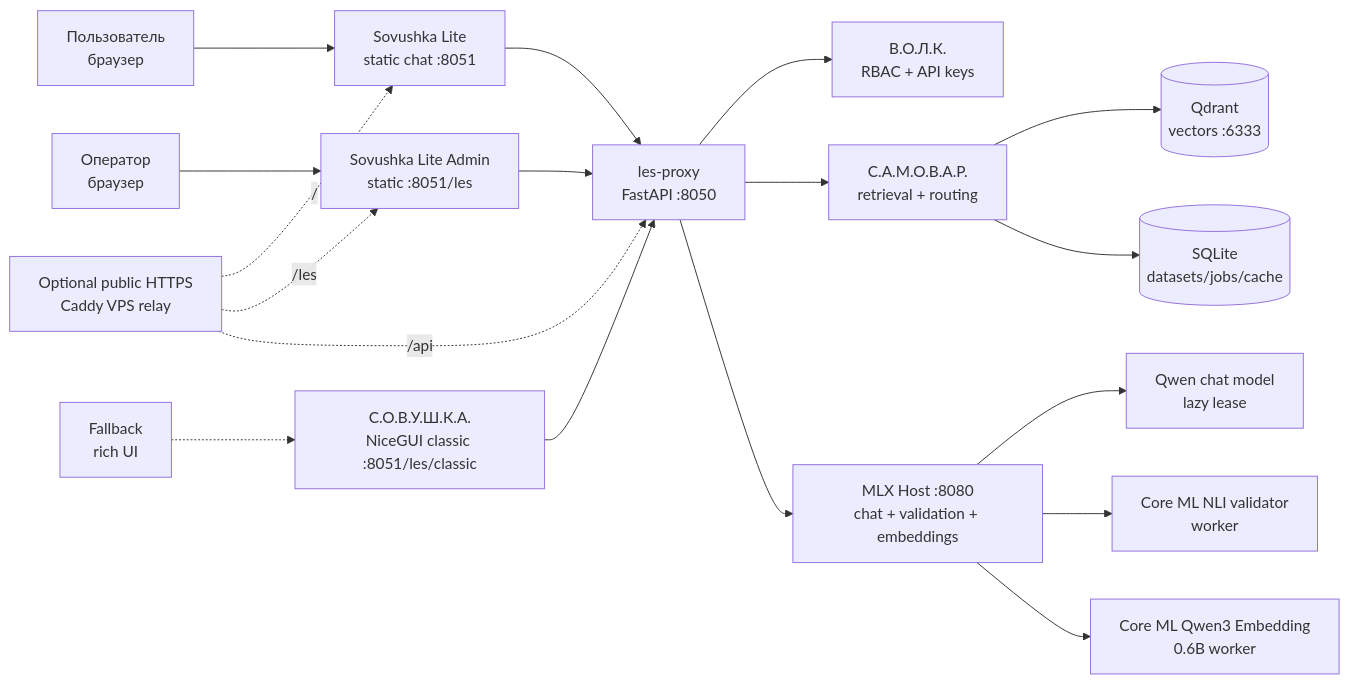
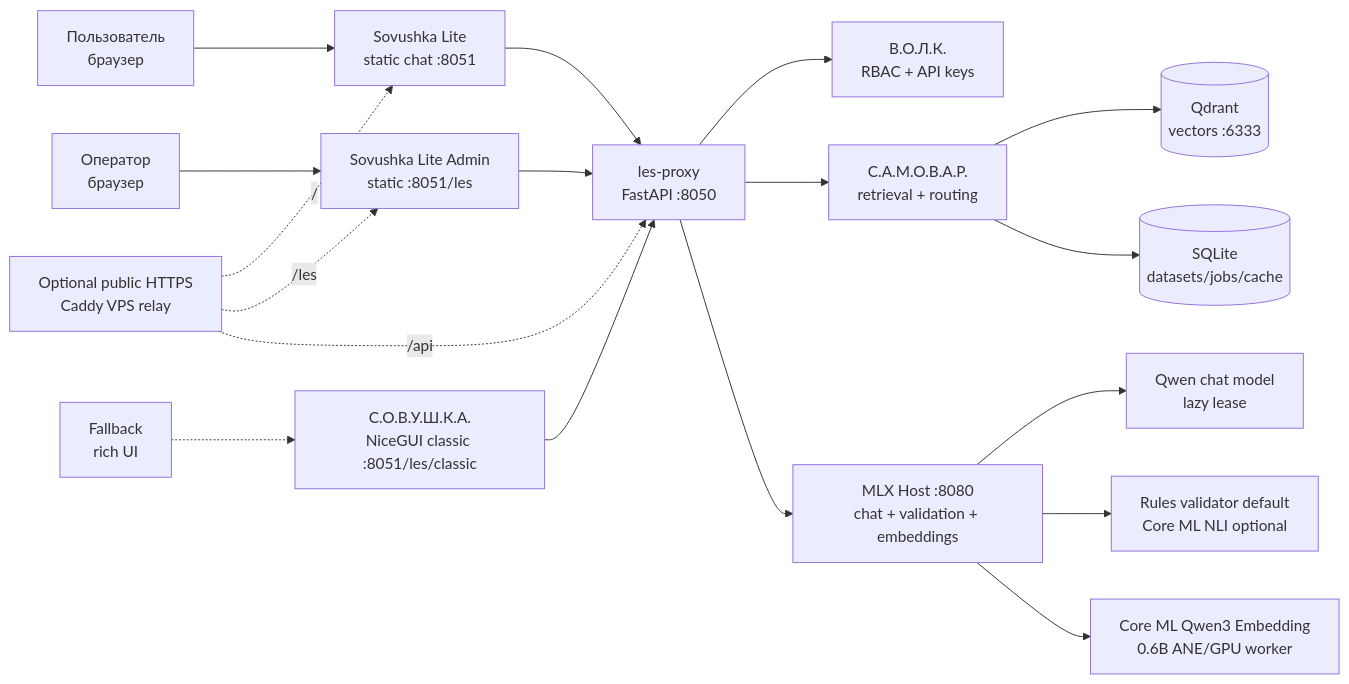
One commit to proovcme/les_rag_public changed the first of 3 diagrams in README.md. Above: the diagram before and after it, drawn with Mermaid. The commit also changed other lines of this file and 11 other files, not shown here.

````diff
--- a/README.md
+++ b/README.md
@@ -33,21 +33,21 @@
 ```mermaid
 flowchart LR
     User[Пользователь<br/>браузер] --> Lite[Sovushka Lite<br/>static chat :8051]
     Admin[Оператор<br/>браузер] --> AdminLite[Sovushka Lite Admin<br/>static :8051/les]
     Classic[Fallback<br/>rich UI] -.-> UI[С.О.В.У.Ш.К.А.<br/>NiceGUI classic :8051/les/classic]
     Lite --> Proxy[les-proxy<br/>FastAPI :8050]
     AdminLite --> Proxy
     UI --> Proxy
     Proxy --> Auth[В.О.Л.К.<br/>RBAC + API keys]
     Proxy --> RAG[С.А.М.О.В.А.Р.<br/>retrieval + routing]
     RAG --> Qdrant[(Qdrant<br/>vectors :6333)]
     RAG --> Meta[(SQLite<br/>datasets/jobs/cache)]
     Proxy --> MLX[MLX Host :8080<br/>chat + validation + embeddings]
     MLX --> Main[Qwen chat model<br/>lazy lease]
-    MLX --> Val[Core ML NLI validator<br/>worker]
-    MLX --> Embed[Core ML Qwen3 Embedding<br/>0.6B worker]
+    MLX --> Val[Rules validator default<br/>Core ML NLI optional]
+    MLX --> Embed[Core ML Qwen3 Embedding<br/>0.6B ANE/GPU worker]
 
     Public[Optional public HTTPS<br/>Caddy VPS relay] -. / .-> Lite
     Public -. /les .-> AdminLite
     Public -. /api .-> Proxy
 ```
````
